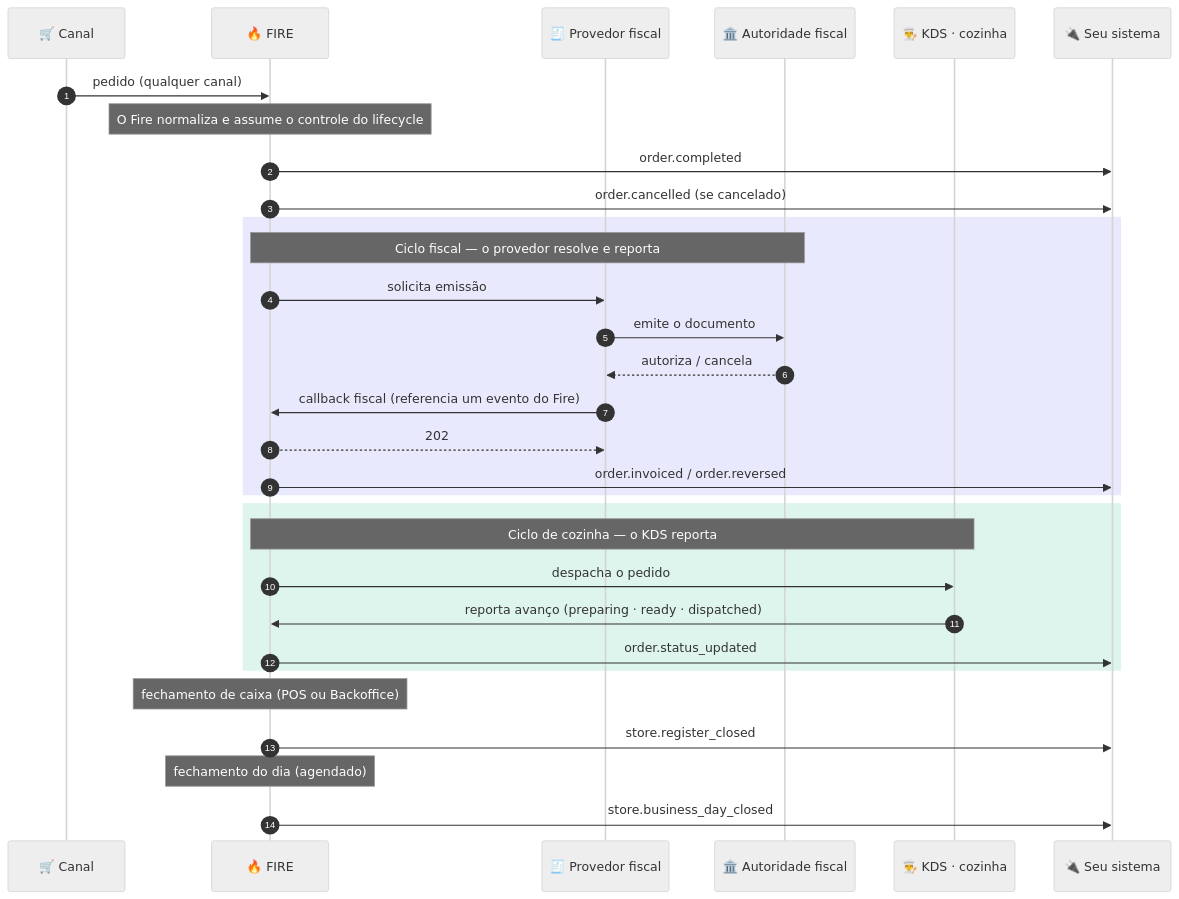
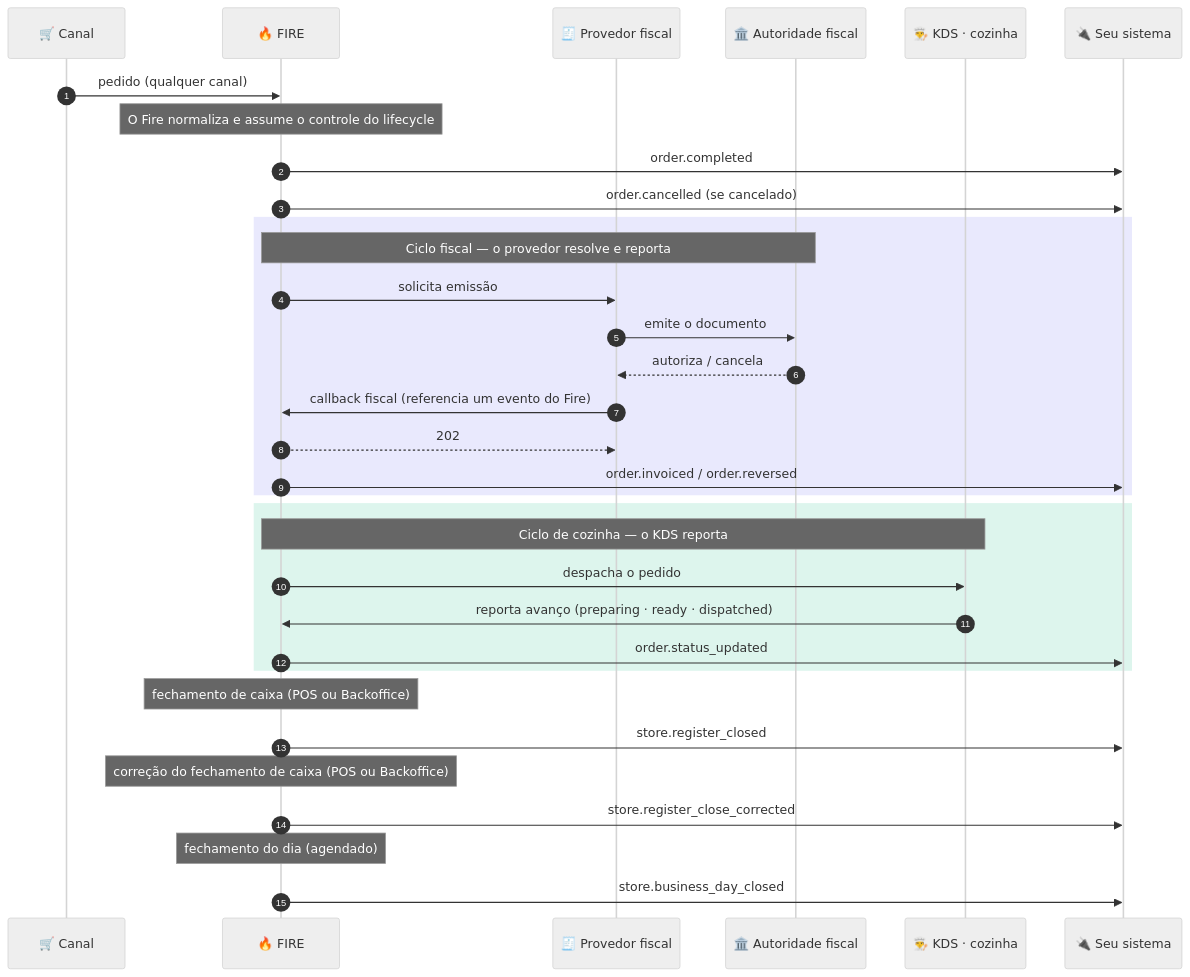
One commit to fire-rest/documentation changed the first of 3 diagrams in pt/events/overview.mdx. Above: the diagram before and after it, drawn with Mermaid (neutral theme). The commit also changed other lines of this file and 18 other files, not shown here.

First line of the commit message:
docs(caja): corrección del cierre de caja — store.register_close_corrected, closeAuthorization y Cierre de día desde la foto (EN/ES/PT)

````diff
--- a/pt/events/overview.mdx
+++ b/pt/events/overview.mdx
@@ -24,38 +24,41 @@
 ```mermaid
 sequenceDiagram
     autonumber
     participant CH as 🛒 Canal
     participant F as 🔥 FIRE
     participant FP as 🧾 Provedor fiscal
     participant AU as 🏛️ Autoridade fiscal
     participant K as 👨‍🍳 KDS · cozinha
     participant Y as 🔌 Seu sistema
 
     CH->>F: pedido (qualquer canal)
     Note over F: O Fire normaliza e assume o controle do lifecycle
     F->>Y: order.completed
     F->>Y: order.cancelled (se cancelado)
 
     rect rgba(99, 102, 241, 0.14)
     Note over F,AU: Ciclo fiscal — o provedor resolve e reporta
     F->>FP: solicita emissão
     FP->>AU: emite o documento
     AU-->>FP: autoriza / cancela
     FP->>F: callback fiscal (referencia um evento do Fire)
     F-->>FP: 202
     F->>Y: order.invoiced / order.reversed
     end
 
     rect rgba(16, 185, 129, 0.14)
     Note over F,K: Ciclo de cozinha — o KDS reporta
     F->>K: despacha o pedido
     K->>F: reporta avanço (preparing · ready · dispatched)
     F->>Y: order.status_updated
     end
 
     Note over F: fechamento de caixa (POS ou Backoffice)
     F->>Y: store.register_closed
 
+    Note over F: correção do fechamento de caixa (POS ou Backoffice)
+    F->>Y: store.register_close_corrected
+
     Note over F: fechamento do dia (agendado)
     F->>Y: store.business_day_closed
 ```
````
